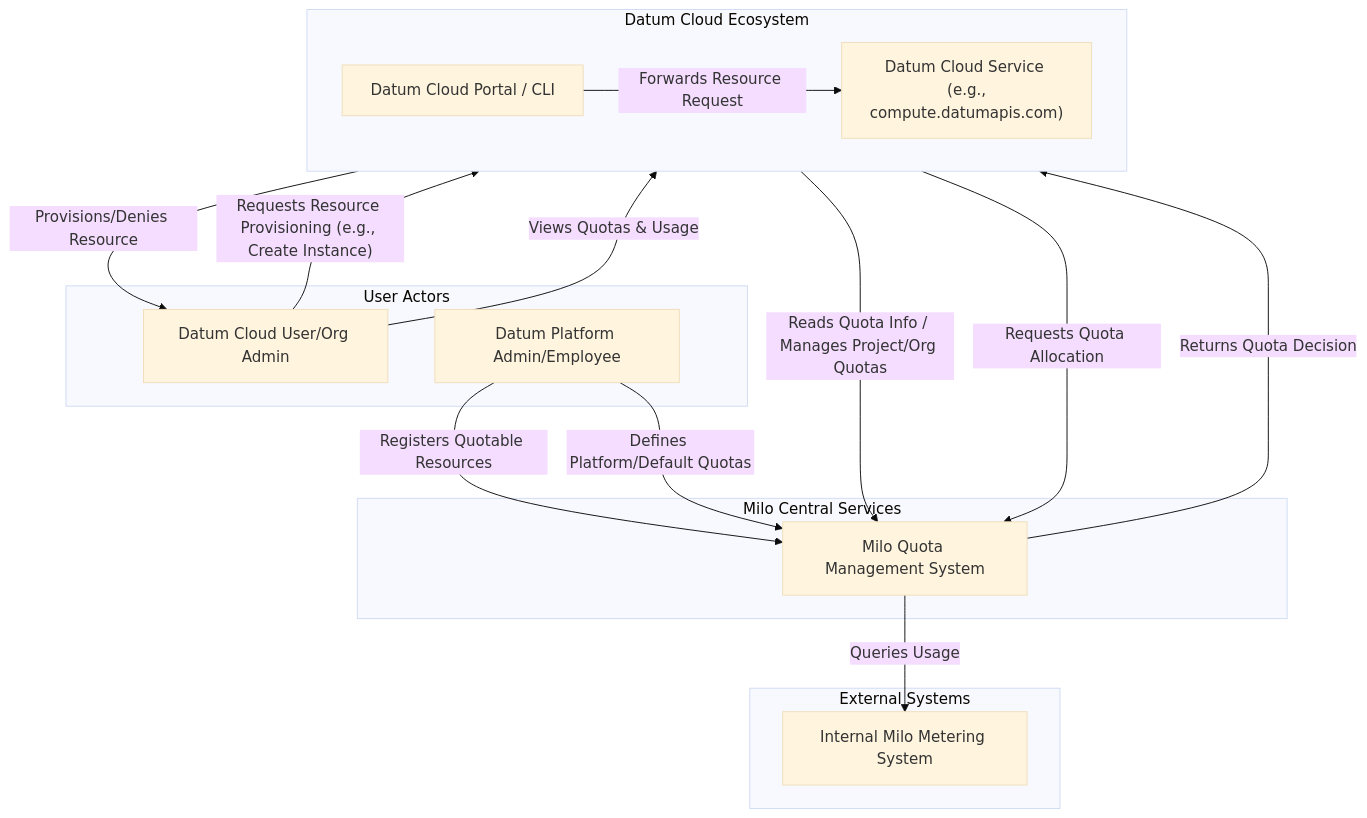
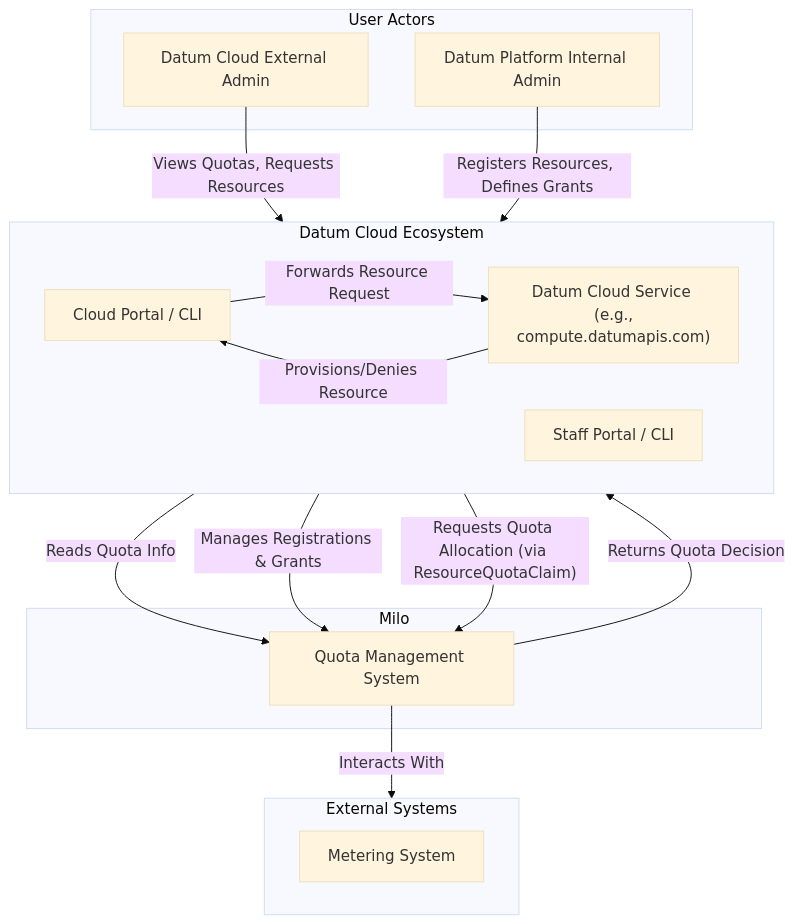
One commit to datum-cloud/enhancements changed the first of 7 diagrams in enhancements/platform/quota-management/README.md. Above: the diagram before and after it, drawn with Mermaid (base theme). The commit also changed other lines of this file, not shown here.

Commit message:
enh(quota): makes various updates to proposal

````diff
--- a/enhancements/platform/quota-management/README.md
+++ b/enhancements/platform/quota-management/README.md
@@ -1209,39 +1244,40 @@
 ```mermaid
 %% C1 - System Context Diagram: Milo Quota Management System
 graph TD
     subgraph User Actors
-        DatumCloudUserOrgAdmin["Datum Cloud User/Org Admin"]
-        DatumPlatformAdminEmployee["Datum Platform Admin/Employee"]
+        ExternalAdmin["Datum Cloud External Admin"]
+        DatumPlatformAdminEmployee["Datum Platform Internal Admin"]
     end
 
     subgraph DatumCloudEcosystem["Datum Cloud Ecosystem"]
         direction LR
-        CloudPortalCLI["Datum Cloud Portal / CLI"]
+        CloudPortalCLI["Cloud Portal / CLI"]
+        StaffPortalCLI["Staff Portal / CLI"]
         PCPService["Datum Cloud Service <br> (e.g., compute.datumapis.com)"]
     end
 
-    subgraph MiloCentralServices ["Milo Central Services"]
-        QuotaSystem["Milo Quota Management System"]
+    subgraph MiloCentralServices ["Milo"]
+        QuotaSystem["Quota Management System"]
     end
 
+    QuotaSystem -- "Interacts With" --> ExternalSystems
+
     subgraph ExternalSystems["External Systems"]
-        MeteringSystem["Internal Milo Metering System"]
+        MeteringSystem["Metering System"]
     end
 
-    %% User/Admin interactions for resource provisioning and quota viewing
-    DatumCloudUserOrgAdmin -- "Requests Resource Provisioning (e.g., Create Instance)" --> CloudPortalCLI
-    DatumCloudUserOrgAdmin -- "Views Quotas & Usage" --> CloudPortalCLI
+    %% External Admin interactions
+    ExternalAdmin -- "Views Quotas, Requests Resources" --> CloudPortalCLI
     CloudPortalCLI -- "Forwards Resource Request" --> PCPService
-    CloudPortalCLI -- "Reads Quota Info / Manages Project/Org Quotas" --> QuotaSystem
+    CloudPortalCLI -- "Reads Quota Info" --> QuotaSystem
 
-    %% Platform Admin interactions for quota setup
-    DatumPlatformAdminEmployee -- "Registers Quotable Resources" --> QuotaSystem
-    DatumPlatformAdminEmployee -- "Defines Platform/Default Quotas" --> QuotaSystem
+    %% Internal Admin interactions
+    DatumPlatformAdminEmployee -- "Registers Resources, Defines Grants" --> StaffPortalCLI
+    StaffPortalCLI -- "Manages Registrations & Grants" --> QuotaSystem
 
-    %% Quota System internal and external interactions
-    PCPService -- "Requests Quota Allocation" --> QuotaSystem
-    QuotaSystem -- "Queries Usage" --> MeteringSystem
+    %% System interactions
+    PCPService -- "Requests Quota Allocation (via ResourceQuotaClaim)" --> QuotaSystem
     QuotaSystem -- "Returns Quota Decision" --> PCPService
-    PCPService -- "Provisions/Denies Resource" --> DatumCloudUserOrgAdmin
+    PCPService -- "Provisions/Denies Resource" --> CloudPortalCLI
 
 ```
````
